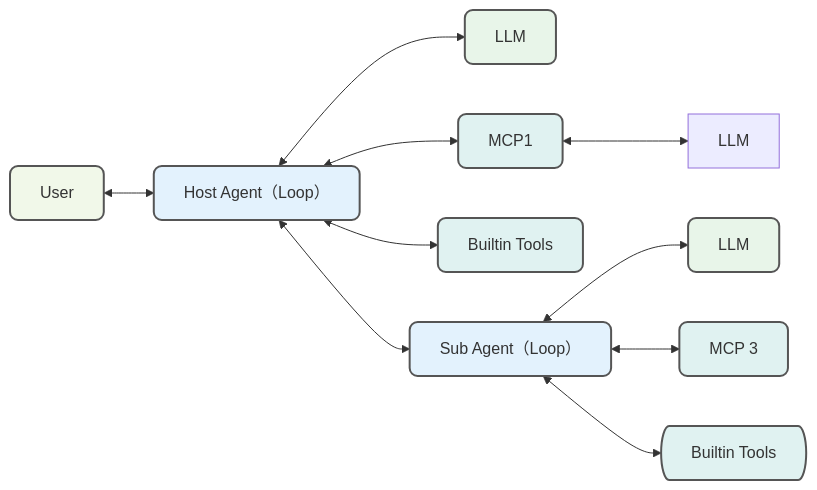
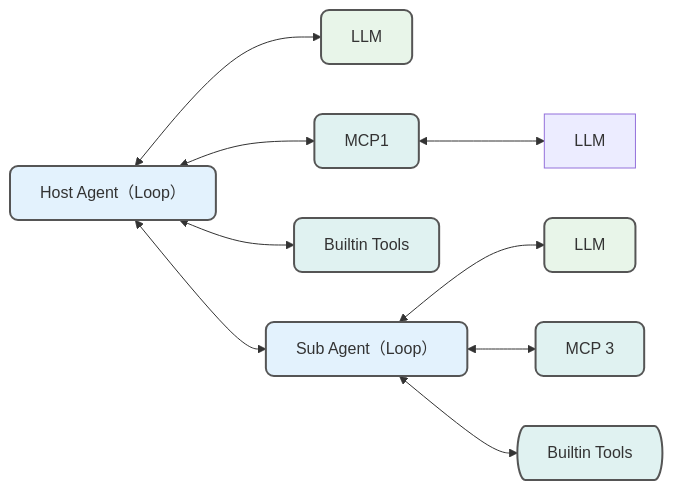
One commit to istarwyh/MyRoad changed the third of 4 diagrams in docs/Vnote/program/llm/如何快速创建领域 Agent -OneAgent + MCPs 范式.md. Above: the diagram before and after it, drawn with Mermaid. The commit also changed 1 other file, not shown here.

Commit message:
modify config

````diff
--- a/docs/Vnote/program/llm/如何快速创建领域 Agent -OneAgent + MCPs 范式.md
+++ b/docs/Vnote/program/llm/如何快速创建领域 Agent -OneAgent + MCPs 范式.md
@@ -112,70 +112,64 @@
 ```mermaid
 graph LR
 
 %% 定义节点
-
-User[User]
 
 MainAgent[Host Agent（Loop）]
 
 LLM1[LLM]
 
 LLM3[LLM]
 
 Tool1[MCP1]
 
 Tool2[Builtin Tools]
 
 SubAgent[Sub Agent（Loop）]
 
 LLM2[LLM]
 
 Tool3[MCP 3]
 
 Tool4[Builtin Tools]
 
 
 
 %% 定义连接
 
-User <--> MainAgent
-
 MainAgent <--> LLM1
 
 MainAgent <--> Tool1
 
 Tool1 <--> LLM3
 
 MainAgent <--> Tool2
 
 MainAgent <--> SubAgent
 
 SubAgent <--> LLM2
 
 SubAgent <--> Tool3
 
 SubAgent <--> Tool4
 
 
 
 %% 定义节点样式以匹配原图颜色
 
-style User fill:#f1f8e9,stroke:#555,stroke-width:2px,rx:8,ry:8
-
 style MainAgent fill:#e3f2fd,stroke:#555,stroke-width:2px,rx:8,ry:8
 
 style SubAgent fill:#e3f2fd,stroke:#555,stroke-width:2px,rx:8,ry:8
 
 style LLM1 fill:#e8f5e9,stroke:#555,stroke-width:2px,rx:8,ry:8
 
 style LLM2 fill:#e8f5e9,stroke:#555,stroke-width:2px,rx:8,ry:8
 
 style Tool1 fill:#e0f2f1,stroke:#555,stroke-width:2px,rx:8,ry:8
 
 style Tool2 fill:#e0f2f1,stroke:#555,stroke-width:2px,rx:8,ry:8
 
 style Tool3 fill:#e0f2f1,stroke:#555,stroke-width:2px,rx:8,ry:8
 
 style Tool4 fill:#e0f2f1,stroke:#555,stroke-width:2px,rx:8,ry:88
 
 ```
````
